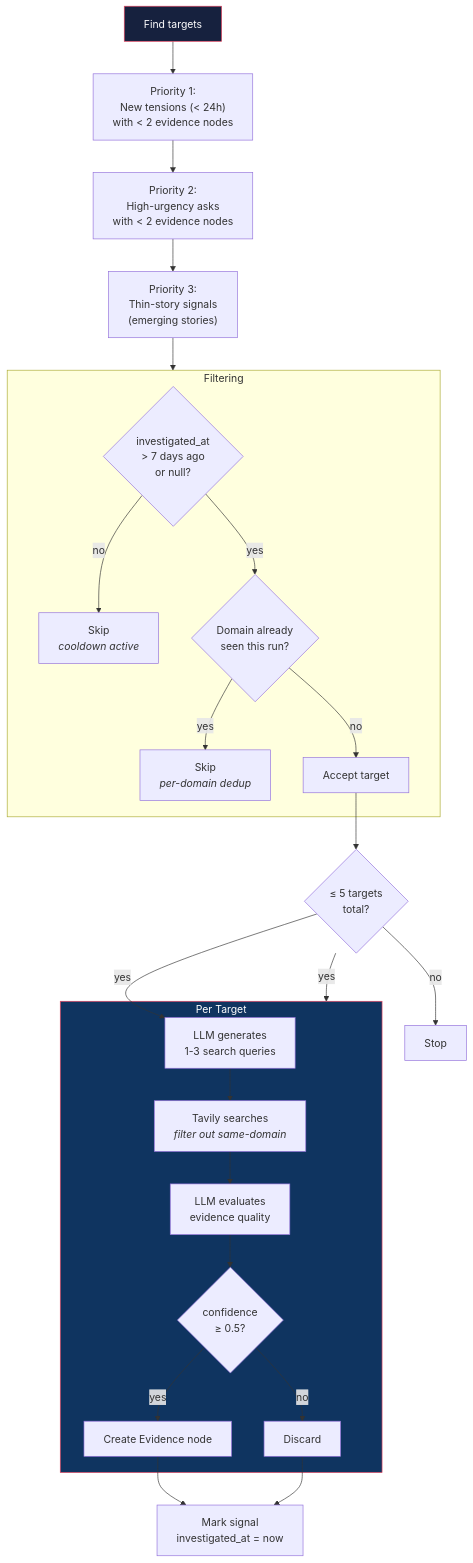
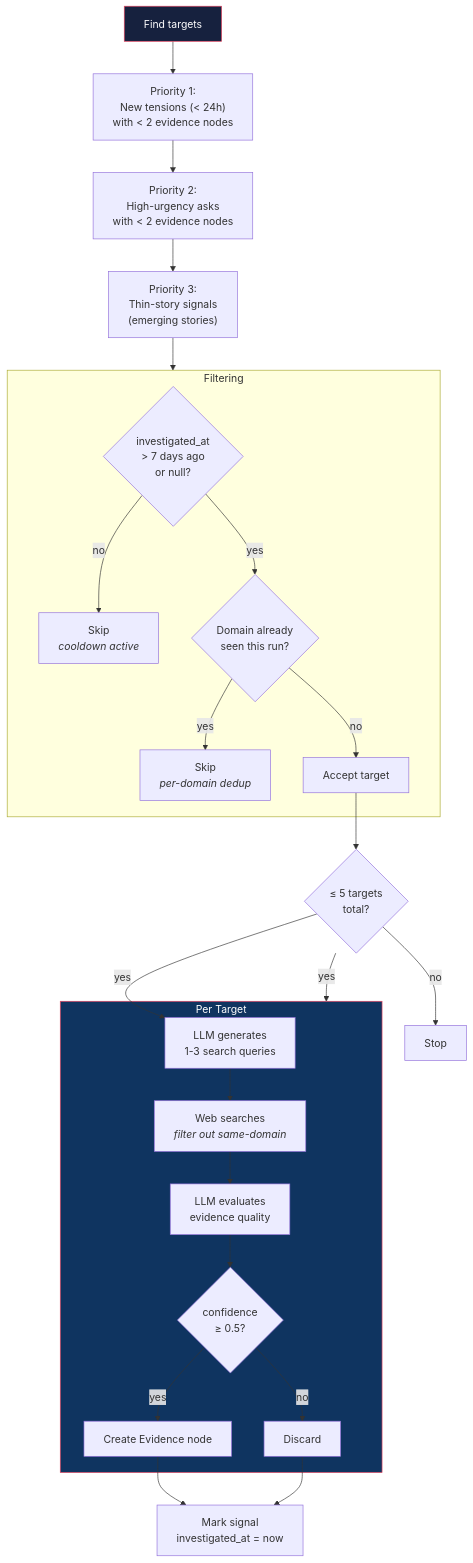
One commit to fourthplaces/rootsignal changed diagram 12 of 13 in docs/architecture/feedback-loops.md. Above: the diagram before and after it, drawn with Mermaid. The commit also changed other lines of this file and 45 other files, not shown here.

First line of the commit message:
feat: replace Tavily with Serper.dev for web search

````diff
--- a/docs/architecture/feedback-loops.md
+++ b/docs/architecture/feedback-loops.md
@@ -704,36 +704,36 @@
 ```mermaid
 flowchart TB
     Start["Find targets"] --> P1["Priority 1:<br/>New tensions (< 24h)<br/>with < 2 evidence nodes"]
     P1 --> P2["Priority 2:<br/>High-urgency asks<br/>with < 2 evidence nodes"]
     P2 --> P3["Priority 3:<br/>Thin-story signals<br/>(emerging stories)"]
 
     P3 --> Filters["Apply filters"]
 
     subgraph Filters ["Filtering"]
         F1{"investigated_at<br/>> 7 days ago<br/>or null?"}
         F1 -- no --> FSkip["Skip<br/><i>cooldown active</i>"]
         F1 -- yes --> F2{"Domain already<br/>seen this run?"}
         F2 -- yes --> FSkip2["Skip<br/><i>per-domain dedup</i>"]
         F2 -- no --> FAccept["Accept target"]
     end
 
     FAccept --> Cap{"≤ 5 targets<br/>total?"}
     Cap -- yes --> Investigate
     Cap -- no --> Done["Stop"]
 
     subgraph Investigate ["Per Target"]
         I1["LLM generates<br/>1-3 search queries"]
-        I1 --> I2["Tavily searches<br/><i>filter out same-domain</i>"]
+        I1 --> I2["Web searches<br/><i>filter out same-domain</i>"]
         I2 --> I3["LLM evaluates<br/>evidence quality"]
         I3 --> I4{"confidence<br/>≥ 0.5?"}
         I4 -- yes --> I5["Create Evidence node"]
         I4 -- no --> I6["Discard"]
     end
 
     Cap -- yes --> I1
     I5 --> Mark["Mark signal<br/>investigated_at = now"]
     I6 --> Mark
 
     style Start fill:#16213e,stroke:#e94560,color:#fff
     style Investigate fill:#0f3460,stroke:#e94560,color:#fff
 ```
````
